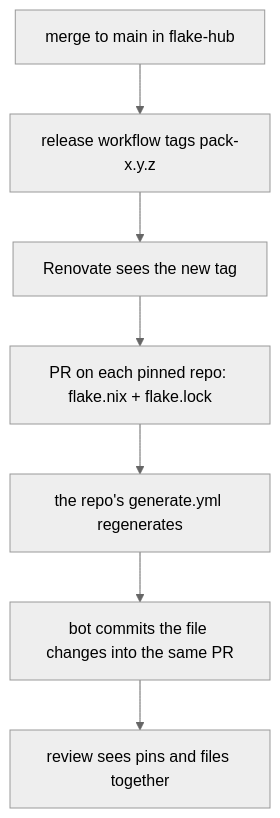
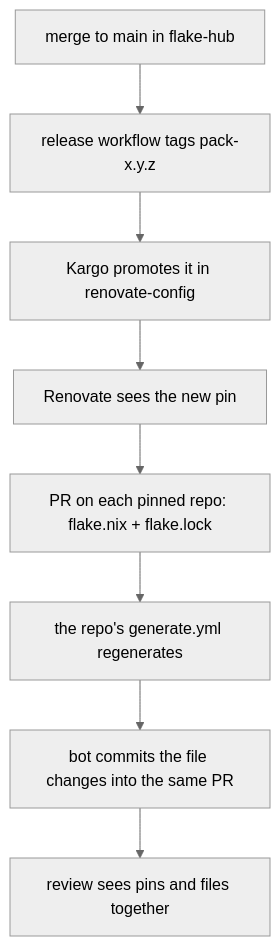
The diagram in docs/src/concepts/propagation.md (Fomiller/flake-hub), drawn with Mermaid (neutral theme) before and after one commit. The commit also changed other lines of this file and 10 other files, not shown here.

Commit message:
chore(FOM-51): drop the flake-hub renovate preset (#43)

````diff
--- a/docs/src/concepts/propagation.md
+++ b/docs/src/concepts/propagation.md
@@ -5,9 +5,10 @@
 ```mermaid
 flowchart TD
     A[merge to main in flake-hub] --> B[release workflow tags pack-x.y.z]
-    B --> C[Renovate sees the new tag]
-    C --> D[PR on each pinned repo: flake.nix + flake.lock]
+    B --> C[Kargo promotes it in renovate-config]
+    C --> C2[Renovate sees the new pin]
+    C2 --> D[PR on each pinned repo: flake.nix + flake.lock]
     D --> E[the repo's generate.yml regenerates]
     E --> F[bot commits the file changes into the same PR]
     F --> G[review sees pins and files together]
 ```
````
